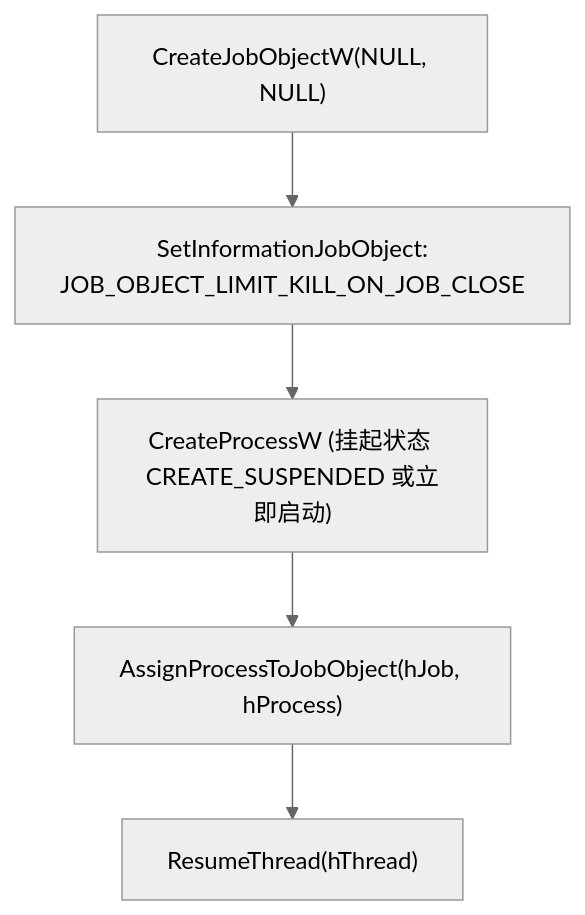
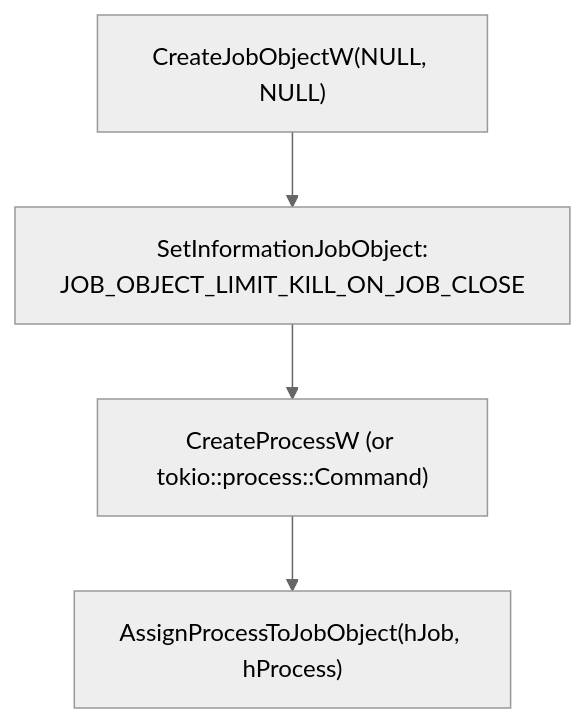
One commit to spritetong/rsupervisord changed the fourth of 7 diagrams in docs/DESIGN.md. Above: the diagram before and after it, drawn with Mermaid (neutral theme). The commit also changed other lines of this file and 21 other files, not shown here.

````diff
--- a/docs/DESIGN.md
+++ b/docs/DESIGN.md
@@ -408,10 +401,9 @@
 ```mermaid
 flowchart TD
     CreateJob["CreateJobObjectW(NULL, NULL)"]
     SetLimit["SetInformationJobObject:\nJOB_OBJECT_LIMIT_KILL_ON_JOB_CLOSE"]
-    CreateProc["CreateProcessW (挂起状态 CREATE_SUSPENDED 或立即启动)"]
+    CreateProc["CreateProcessW (or tokio::process::Command)"]
     Assign["AssignProcessToJobObject(hJob, hProcess)"]
-    Resume["ResumeThread(hThread)"]
     
-    CreateJob --> SetLimit --> CreateProc --> Assign --> Resume
+    CreateJob --> SetLimit --> CreateProc --> Assign
 ```
````
